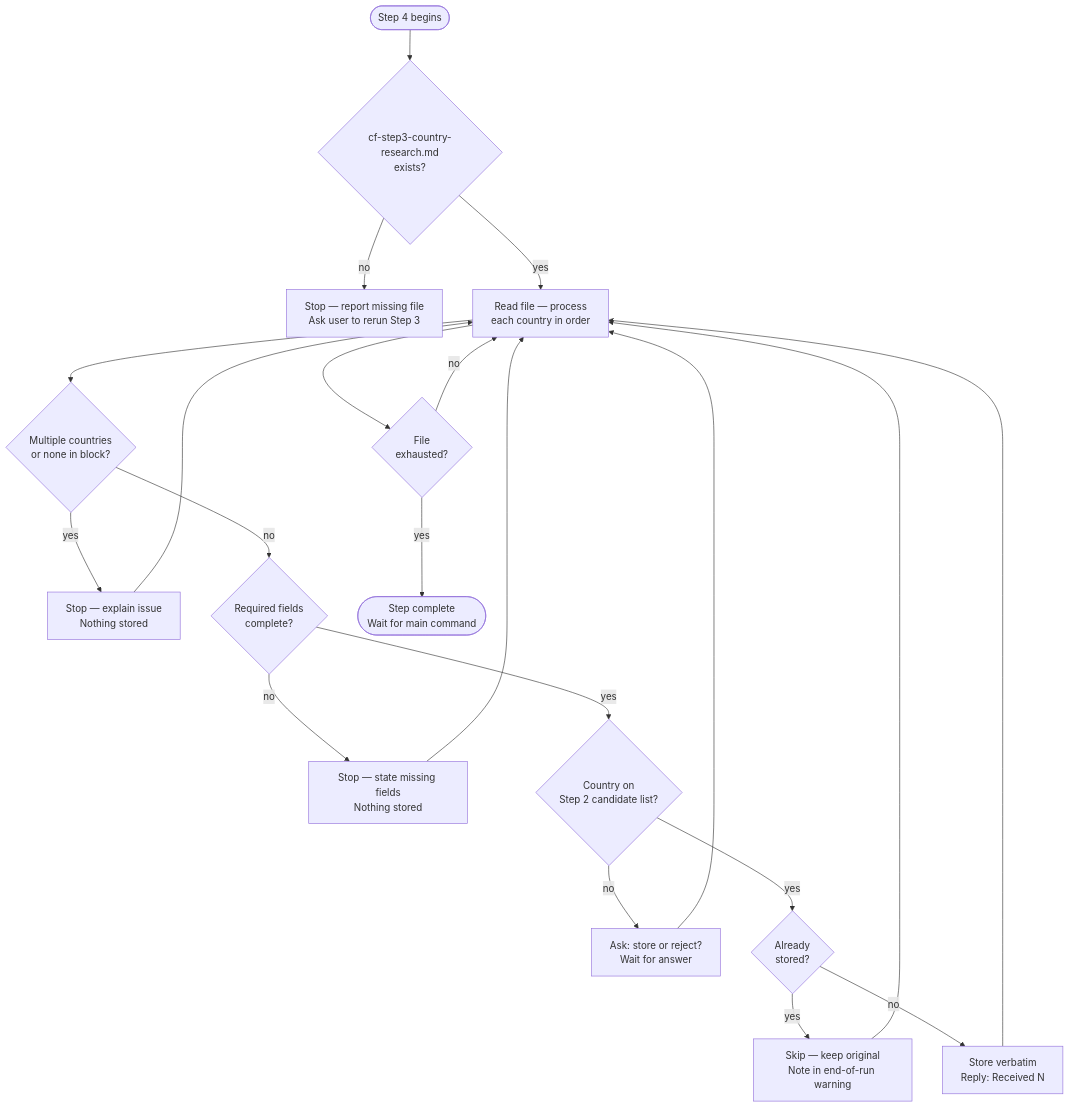
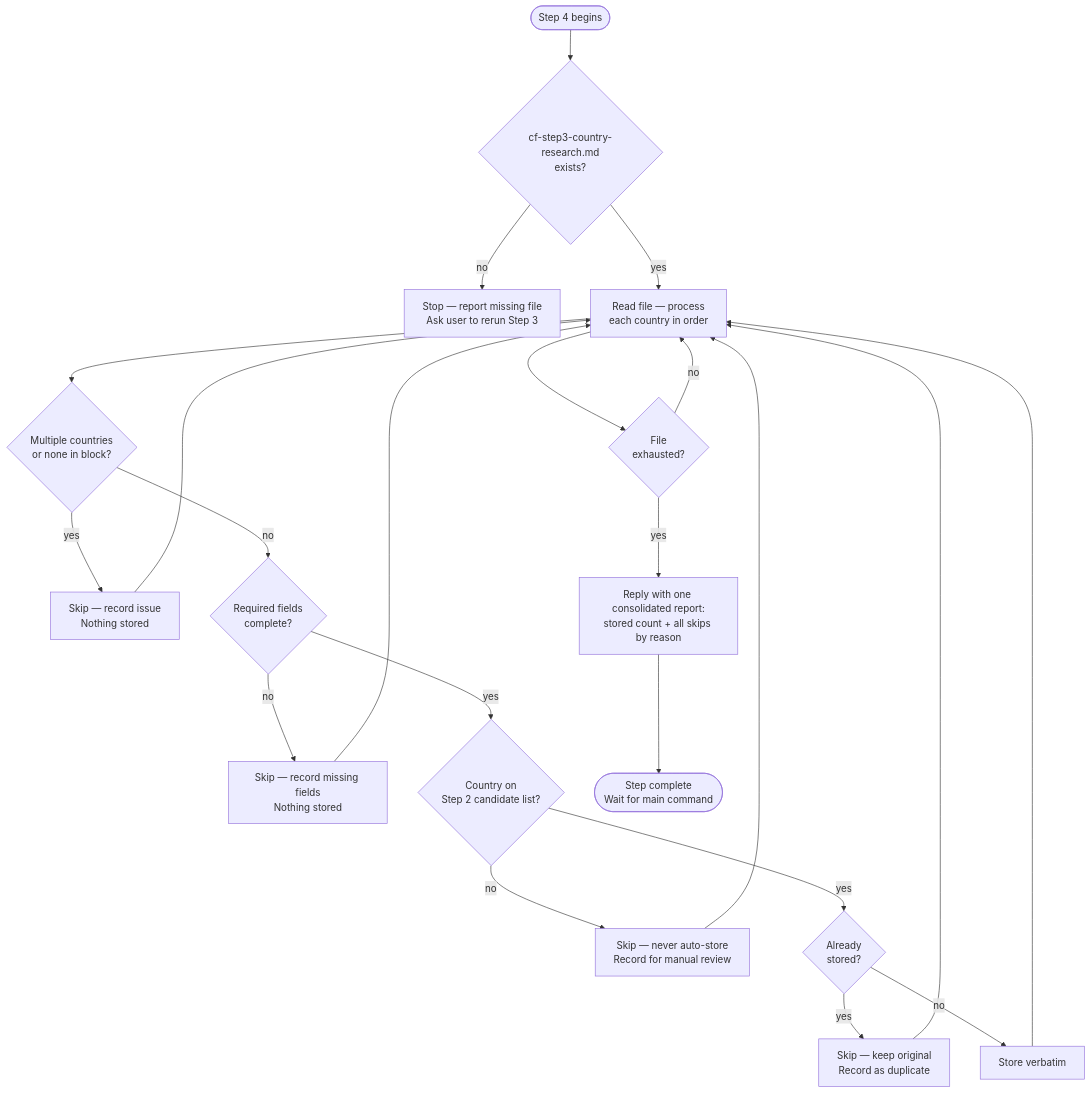
Before and after one commit to myowinthein/agent-compass: the diagram in docs/commands/country-finder/step4-data-ingestion.md, drawn with Mermaid. The commit also changed other lines of this file and 1 other file, not shown here.

Commit message:
docs(commands): sync step4/step2 ingestion docs with skip-and-report behavior
Verification pass on the Architecture category's changes caught two step-detail pages
still documenting the old per-item stop/reply behavior (Received: N replies, stop-and-
ask, stop-and-explain) that f-0011/f-0012/f-0016 replaced this session. Flow diagrams,
rules tables, and stop conditions now match the actual skip-and-report-at-end behavior.

````diff
--- a/docs/commands/country-finder/step4-data-ingestion.md
+++ b/docs/commands/country-finder/step4-data-ingestion.md
@@ -14,23 +14,24 @@
 ```mermaid
 flowchart TD
   Start([Step 4 begins]) --> FileCheck{cf-step3-country-research.md\nexists?}
   FileCheck -->|no| Error[Stop — report missing file\nAsk user to rerun Step 3]
   FileCheck -->|yes| ReadFile[Read file — process\neach country in order]
   ReadFile --> MultiCheck{Multiple countries\nor none in block?}
-  MultiCheck -->|yes| Err1[Stop — explain issue\nNothing stored]
+  MultiCheck -->|yes| Err1[Skip — record issue\nNothing stored]
   Err1 --> ReadFile
   MultiCheck -->|no| FieldCheck{Required fields\ncomplete?}
-  FieldCheck -->|no| Err2[Stop — state missing fields\nNothing stored]
+  FieldCheck -->|no| Err2[Skip — record missing fields\nNothing stored]
   Err2 --> ReadFile
   FieldCheck -->|yes| ListCheck{Country on\nStep 2 candidate list?}
-  ListCheck -->|no| AskStore[Ask: store or reject?\nWait for answer]
-  AskStore --> ReadFile
+  ListCheck -->|no| Unlisted[Skip — never auto-store\nRecord for manual review]
+  Unlisted --> ReadFile
   ListCheck -->|yes| DupCheck{Already\nstored?}
-  DupCheck -->|yes| Skip[Skip — keep original\nNote in end-of-run warning]
-  DupCheck -->|no| Store[Store verbatim\nReply: Received N]
-  Skip --> ReadFile
+  DupCheck -->|yes| SkipDup[Skip — keep original\nRecord as duplicate]
+  DupCheck -->|no| Store[Store verbatim]
+  SkipDup --> ReadFile
   Store --> ReadFile
   ReadFile --> Done{File\nexhausted?}
   Done -->|no| ReadFile
-  Done -->|yes| End([Step complete\nWait for main command])
+  Done -->|yes| Report[Reply with one consolidated report:\nstored count + all skips by reason]
+  Report --> End([Step complete\nWait for main command])
 ```
````
